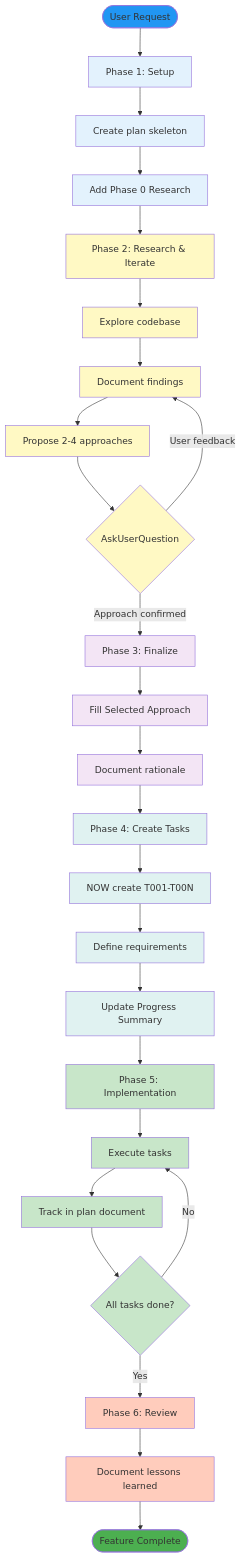
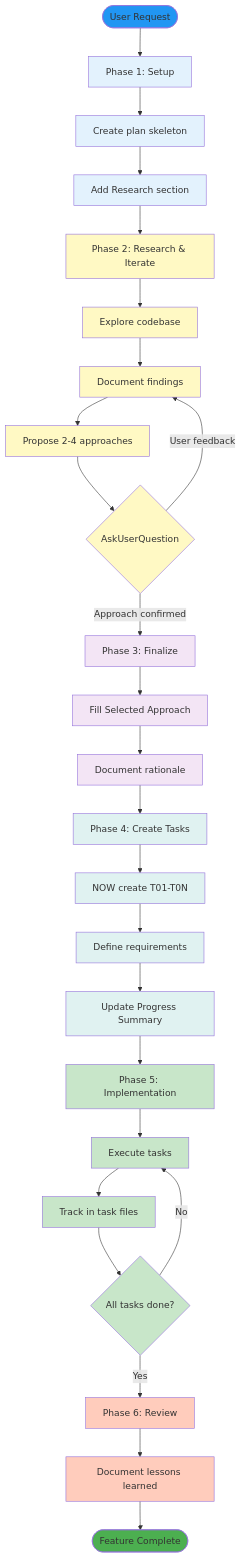
The second of 2 diagrams in website/docs/component-reference/skills/structured-plan-mode.mdx (NikiforovAll/claude-code-rules), drawn with Mermaid before and after one commit. The commit also changed other lines of this file and 10 other files, not shown here.

````diff
--- a/website/docs/component-reference/skills/structured-plan-mode.mdx
+++ b/website/docs/component-reference/skills/structured-plan-mode.mdx
@@ -65,56 +65,56 @@
 ```mermaid
 graph TD
     Start([User Request]) --> P1[Phase 1: Setup]
     P1 --> P1A[Create plan skeleton]
-    P1A --> P1B[Add Phase 0 Research]
+    P1A --> P1B[Add Research section]
     P1B --> P2[Phase 2: Research & Iterate]
 
     P2 --> P2A[Explore codebase]
     P2A --> P2B[Document findings]
     P2B --> P2C[Propose 2-4 approaches]
     P2C --> P2D{AskUserQuestion}
     P2D -->|User feedback| P2B
     P2D -->|Approach confirmed| P3[Phase 3: Finalize]
 
     P3 --> P3A[Fill Selected Approach]
     P3A --> P3B[Document rationale]
     P3B --> P4[Phase 4: Create Tasks]
 
-    P4 --> P4A[NOW create T001-T00N]
+    P4 --> P4A[NOW create T01-T0N]
     P4A --> P4B[Define requirements]
     P4B --> P4C[Update Progress Summary]
     P4C --> P5[Phase 5: Implementation]
 
     P5 --> P5A[Execute tasks]
-    P5A --> P5B[Track in plan document]
+    P5A --> P5B[Track in task files]
     P5B --> P5C{All tasks done?}
     P5C -->|No| P5A
     P5C -->|Yes| P6[Phase 6: Review]
 
     P6 --> P6A[Document lessons learned]
     P6A --> Done([Feature Complete])
 
     style P1 fill:#e3f2fd
     style P1A fill:#e3f2fd
     style P1B fill:#e3f2fd
     style P2 fill:#fff9c4
     style P2A fill:#fff9c4
     style P2B fill:#fff9c4
     style P2C fill:#fff9c4
     style P2D fill:#fff9c4
     style P3 fill:#f3e5f5
     style P3A fill:#f3e5f5
     style P3B fill:#f3e5f5
     style P4 fill:#e0f2f1
     style P4A fill:#e0f2f1
     style P4B fill:#e0f2f1
     style P4C fill:#e0f2f1
     style P5 fill:#c8e6c9
     style P5A fill:#c8e6c9
     style P5B fill:#c8e6c9
     style P5C fill:#c8e6c9
     style P6 fill:#ffccbc
     style P6A fill:#ffccbc
     style Start fill:#2196f3
     style Done fill:#4caf50
 ```
````
